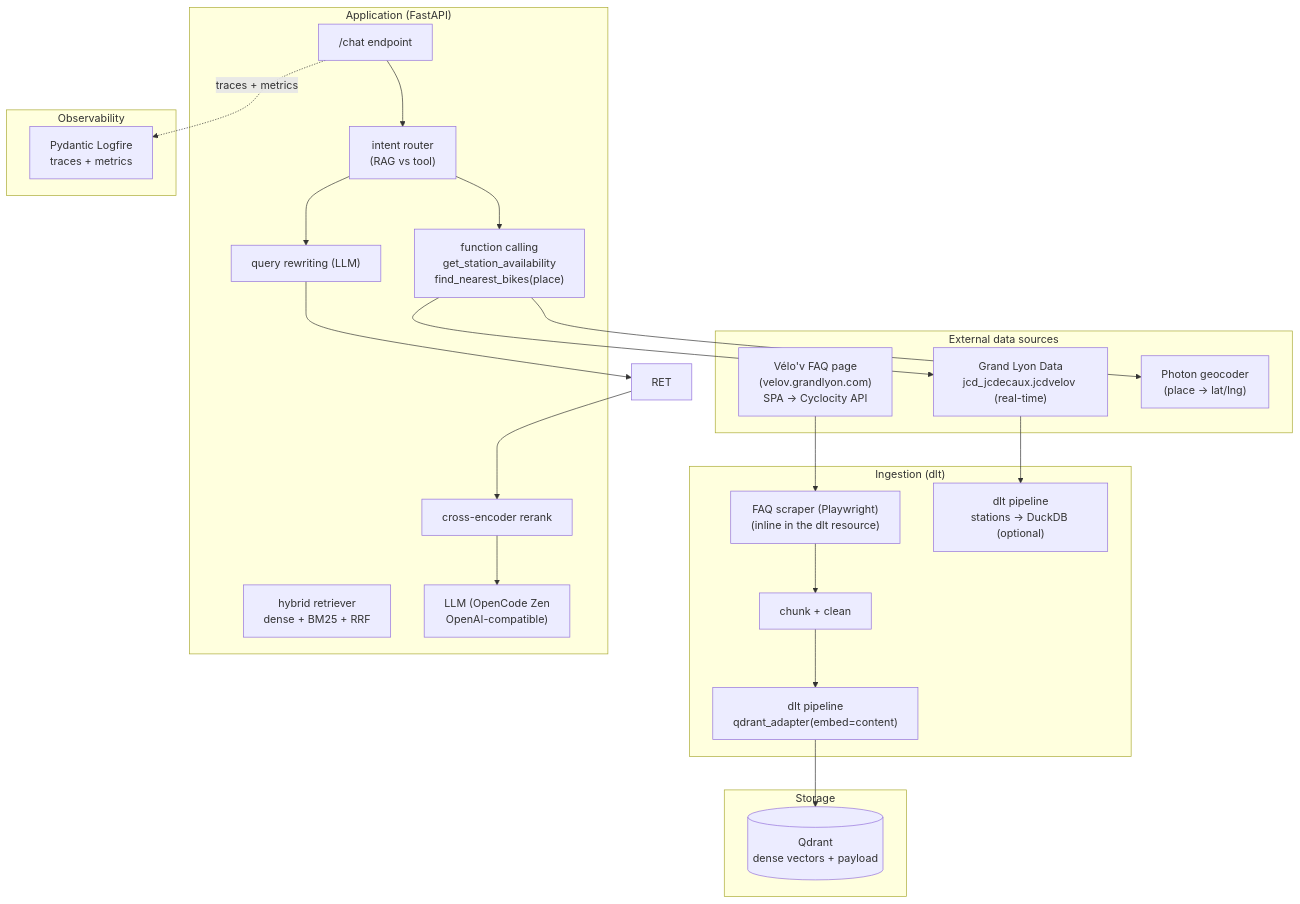
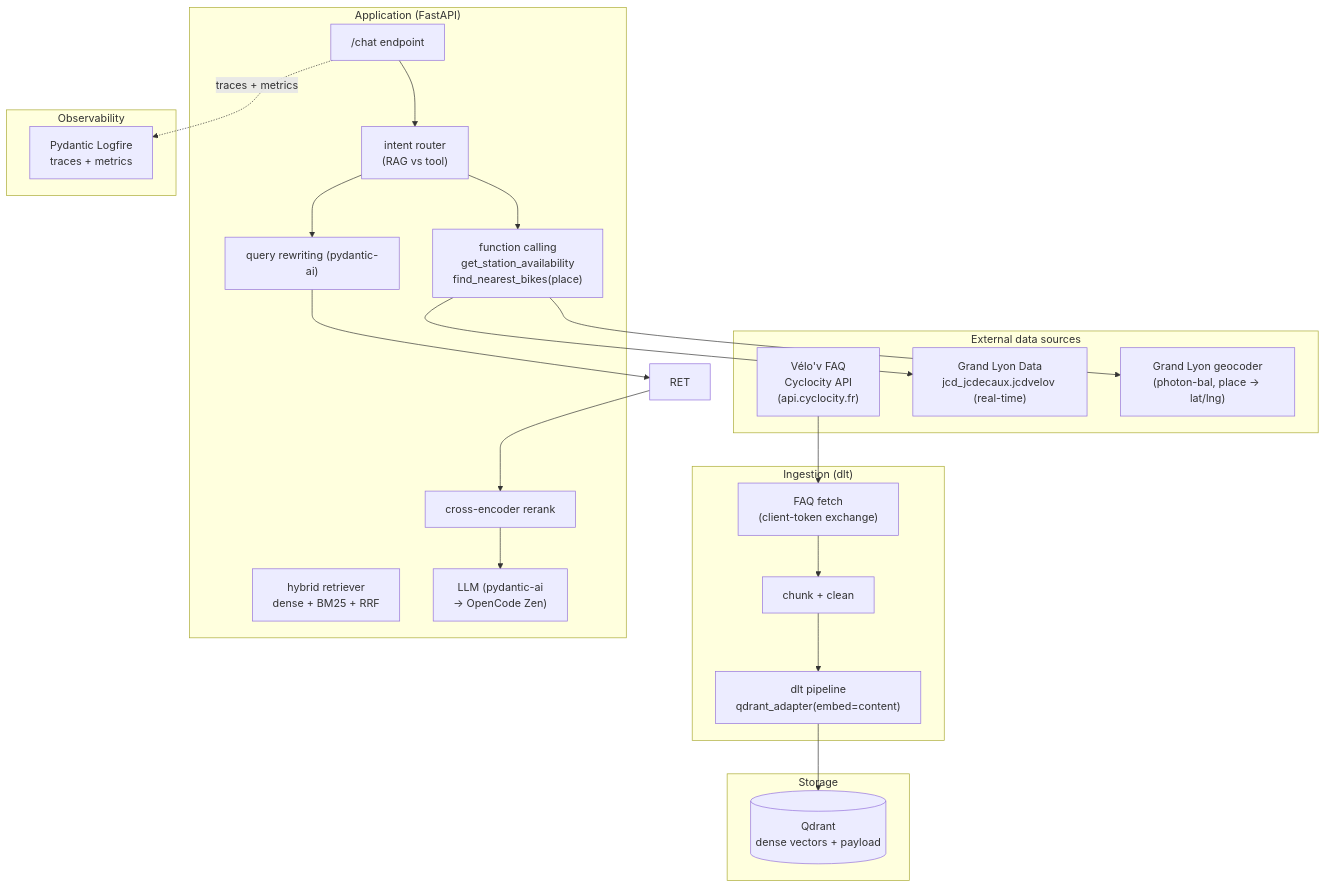
The diagram in docs/architecture.md (afrancois-dev/velov-assistant), drawn with Mermaid before and after one commit. The commit also changed other lines of this file and 6 other files, not shown here.

Commit message:
feat: update daily.md & architecture.md

````diff
--- a/docs/architecture.md
+++ b/docs/architecture.md
@@ -12,43 +12,41 @@
 ```mermaid
 flowchart TB
     subgraph Sources["External data sources"]
-        FAQ["Vélo'v FAQ page<br/>(velov.grandlyon.com)<br/>SPA -> Cyclocity API"]
+        FAQ["Vélo'v FAQ<br/>Cyclocity API<br/>(api.cyclocity.fr)"]
         STATIONS["Grand Lyon Data<br/>jcd_jcdecaux.jcdvelov (real-time)"]
-        GEO["Photon geocoder<br/>(place -> lat/lng)"]
+        GEO["Grand Lyon geocoder<br/>(photon-bal, place -> lat/lng)"]
     end
 
     subgraph Ingestion["Ingestion (dlt)"]
-        SCRAPER["FAQ scraper (Playwright)<br/>(inline in the dlt resource)"]
+        FETCH["FAQ fetch<br/>(client-token exchange)"]
         CHUNK["chunk + clean"]
         DLT["dlt pipeline<br/>qdrant_adapter(embed=content)"]
-        DLTST["dlt pipeline<br/>stations -> DuckDB (optional)"]
     end
 
     subgraph Store["Storage"]
         QDRANT[("Qdrant<br/>dense vectors + payload")]
     end
 
     subgraph App["Application (FastAPI)"]
         API["/chat endpoint"]
         ROUTER["intent router<br/>(RAG vs tool)"]
-        REWRITE["query rewriting (LLM)"]
+        REWRITE["query rewriting (pydantic-ai)"]
         RETR["hybrid retriever<br/>dense + BM25 + RRF"]
         RERANK["cross-encoder rerank"]
-        LLM["LLM (OpenCode Zen<br/>OpenAI-compatible)"]
+        LLM["LLM (pydantic-ai<br/>-> OpenCode Zen)"]
         TOOLS["function calling<br/>get_station_availability<br/>find_nearest_bikes(place)"]
     end
 
     subgraph Obs["Observability"]
         LOGFIRE["Pydantic Logfire<br/>traces + metrics"]
     end
 
-    FAQ --> SCRAPER --> CHUNK --> DLT --> QDRANT
-    STATIONS --> DLTST
+    FAQ --> FETCH --> CHUNK --> DLT --> QDRANT
 
     API --> ROUTER
     ROUTER --> REWRITE --> RET --> RERANK --> LLM
     ROUTER --> TOOLS --> STATIONS
     TOOLS --> GEO
 
     API -.traces + metrics.-> LOGFIRE
 ```
````
